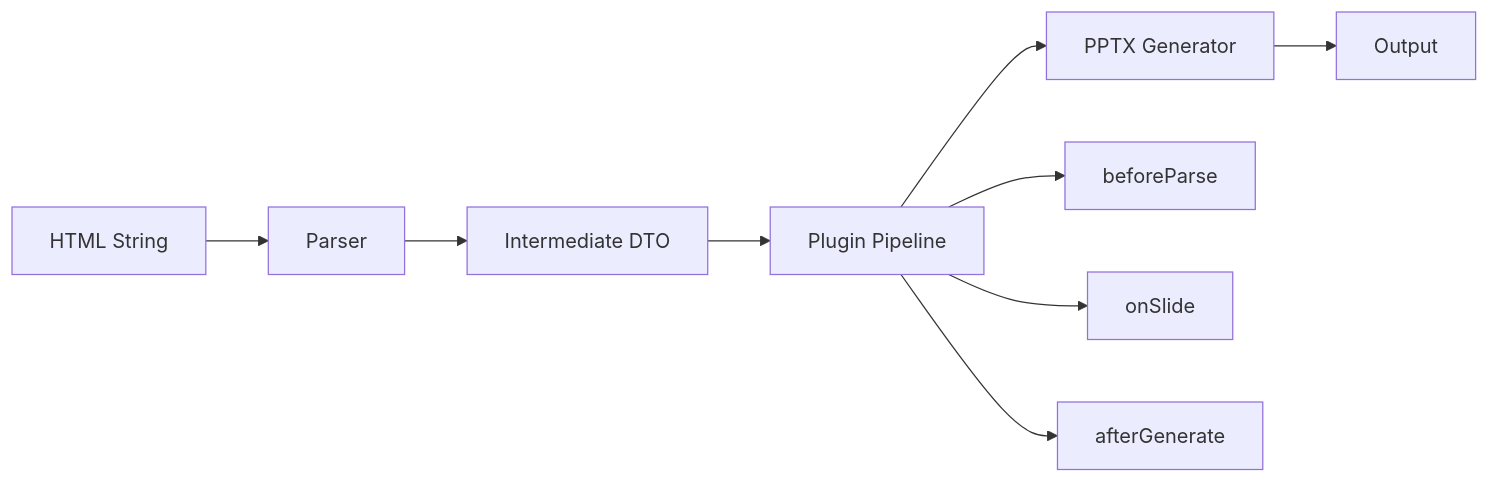
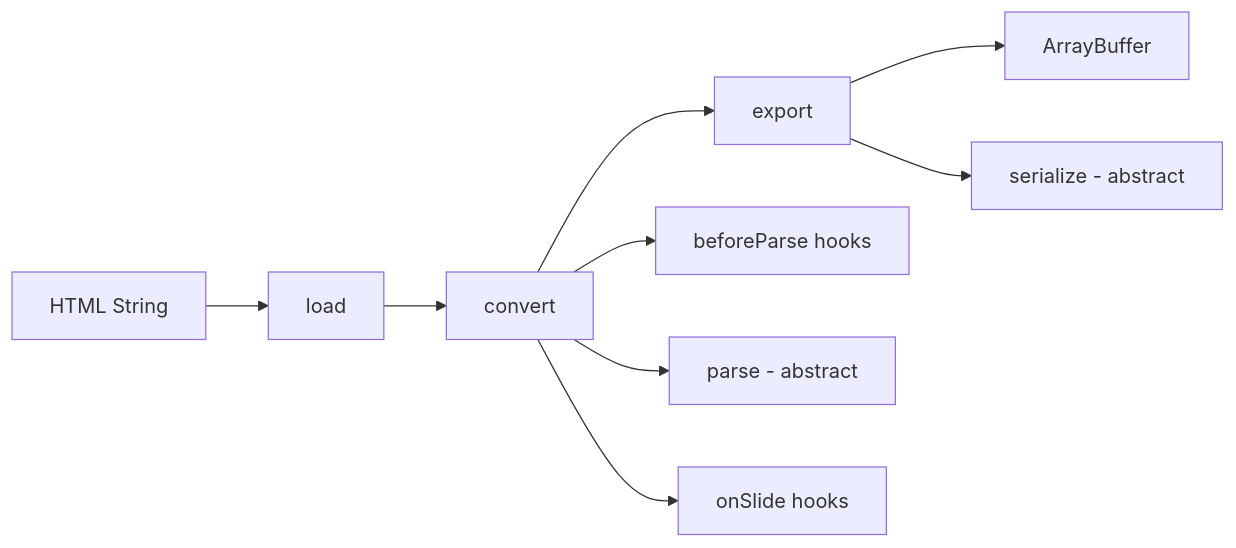
One commit to christphralden/html-in-pptx-out changed the first of 4 diagrams in README.md. Above: the diagram before and after it, drawn with Mermaid. The commit also changed other lines of this file and 19 other files, not shown here.

````diff
--- a/README.md
+++ b/README.md
@@ -90,12 +88,12 @@
 ```mermaid
 graph LR
-    A[HTML String] --> B[Parser]
-    B --> C[Intermediate DTO]
-    C --> D[Plugin Pipeline]
-    D --> E[PPTX Generator]
-    E --> F[Output]
+    A[HTML String] --> B[load]
+    B --> C[convert]
+    C --> D[export]
+    D --> E[ArrayBuffer]
 
-    D --> G[beforeParse]
-    D --> H[onSlide]
-    D --> I[afterGenerate]
+    C --> F[beforeParse hooks]
+    C --> G[parse - abstract]
+    C --> H[onSlide hooks]
+    D --> I[serialize - abstract]
 ```
````
